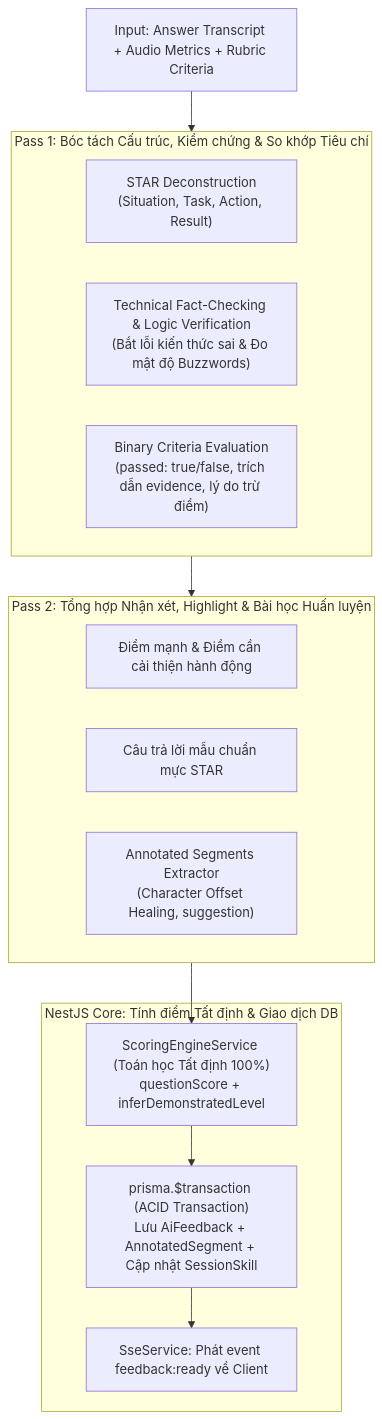
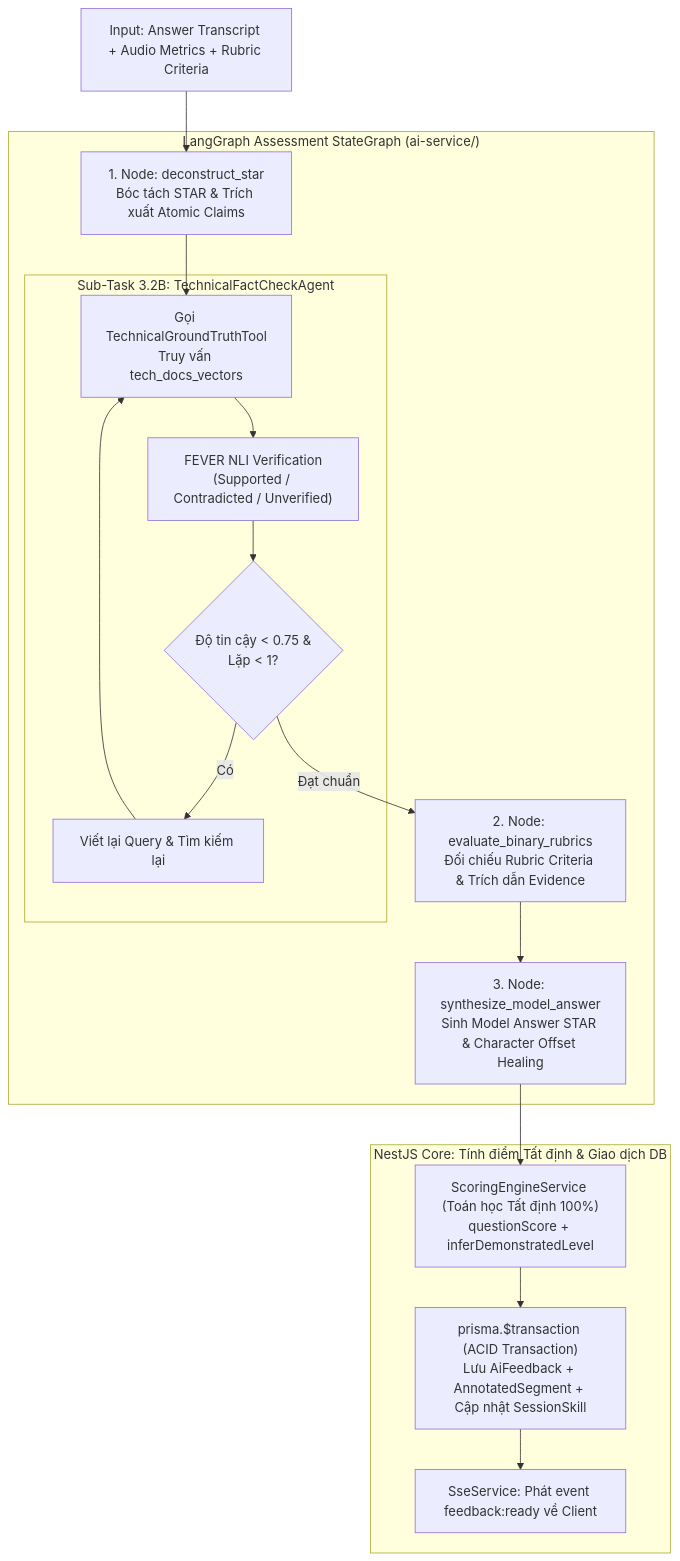
The diagram in docs/refactor-docs/03_PHASE_3_DEEP_ASSESSMENT/00_PHASE_3_OVERVIEW_AND_ARCHITECTURE.md (lethanhan01/interview-coach), drawn with Mermaid before and after one commit. The commit also changed other lines of this file and 17 other files, not shown here.

````diff
--- a/docs/refactor-docs/03_PHASE_3_DEEP_ASSESSMENT/00_PHASE_3_OVERVIEW_AND_ARCHITECTURE.md
+++ b/docs/refactor-docs/03_PHASE_3_DEEP_ASSESSMENT/00_PHASE_3_OVERVIEW_AND_ARCHITECTURE.md
@@ -16,27 +16,35 @@
 ```mermaid
 graph TD
-    Input["Input: Answer Transcript + Audio Metrics + Rubric Criteria"] --> Pass1
+    Input["Input: Answer Transcript + Audio Metrics + Rubric Criteria"] --> GraphStart
     
-    subgraph Pass1["Pass 1: Bóc tách Cấu trúc, Kiểm chứng & So khớp Tiêu chí"]
-        STAR["STAR Deconstruction<br/>(Situation, Task, Action, Result)"]
-        FactCheck["Technical Fact-Checking & Logic Verification<br/>(Bắt lỗi kiến thức sai & Đo mật độ Buzzwords)"]
-        Rubric["Binary Criteria Evaluation<br/>(passed: true/false, trích dẫn evidence, lý do trừ điểm)"]
-    end
-    
-    subgraph Pass2["Pass 2: Tổng hợp Nhận xét, Highlight & Bài học Huấn luyện"]
-        Synthesis["Điểm mạnh & Điểm cần cải thiện hành động"]
-        ModelAnswer["Câu trả lời mẫu chuẩn mực STAR"]
-        Highlight["Annotated Segments Extractor<br/>(Character Offset Healing, suggestion)"]
+    subgraph LangGraphAssessment["LangGraph Assessment StateGraph (ai-service/)"]
+        GraphStart["1. Node: deconstruct_star<br/>Bóc tách STAR & Trích xuất Atomic Claims"]
+        
+        subgraph FactCheckSubGraph["Sub-Task 3.2B: TechnicalFactCheckAgent"]
+            ToolCall["Gọi TechnicalGroundTruthTool<br/>Truy vấn tech_docs_vectors"]
+            FEVER["FEVER NLI Verification<br/>(Supported / Contradicted / Unverified)"]
+            Reflect{"Độ tin cậy < 0.75 &<br/>Lặp < 1?"}
+            Reformulate["Viết lại Query & Tìm kiếm lại"]
+        end
+        
+        RubricNode["2. Node: evaluate_binary_rubrics<br/>Đối chiếu Rubric Criteria & Trích dẫn Evidence"]
+        SynthesisNode["3. Node: synthesize_model_answer<br/>Sinh Model Answer STAR & Character Offset Healing"]
     end
     
     subgraph NestJSCore["NestJS Core: Tính điểm Tất định & Giao dịch DB"]
         ScoringEngine["ScoringEngineService (Toán học Tất định 100%)<br/>questionScore + inferDemonstratedLevel"]
         DBTx["prisma.$transaction (ACID Transaction)<br/>Lưu AiFeedback + AnnotatedSegment + Cập nhật SessionSkill"]
         Realtime["SseService: Phát event feedback:ready về Client"]
     end
     
-    Pass1 --> Pass2
-    Pass2 --> ScoringEngine
+    GraphStart --> ToolCall
+    ToolCall --> FEVER
+    FEVER --> Reflect
+    Reflect -->|Có| Reformulate
+    Reformulate --> ToolCall
+    Reflect -->|Đạt chuẩn| RubricNode
+    RubricNode --> SynthesisNode
+    SynthesisNode --> ScoringEngine
     ScoringEngine --> DBTx
     DBTx --> Realtime
 ```
````
